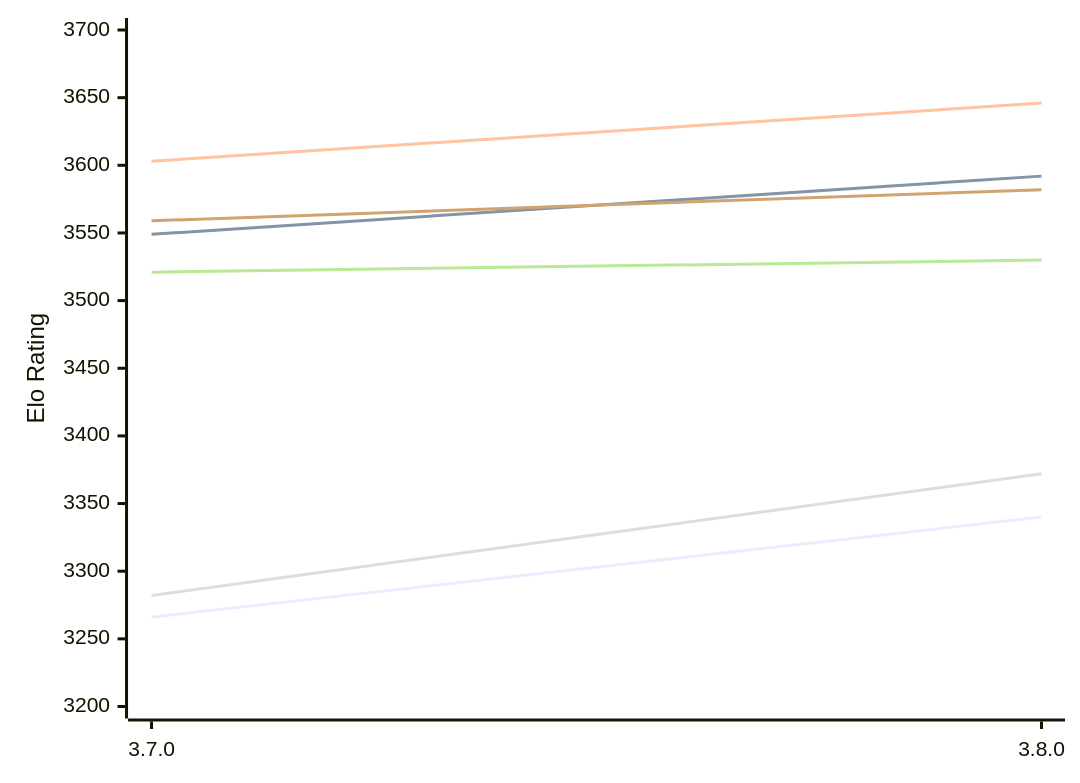
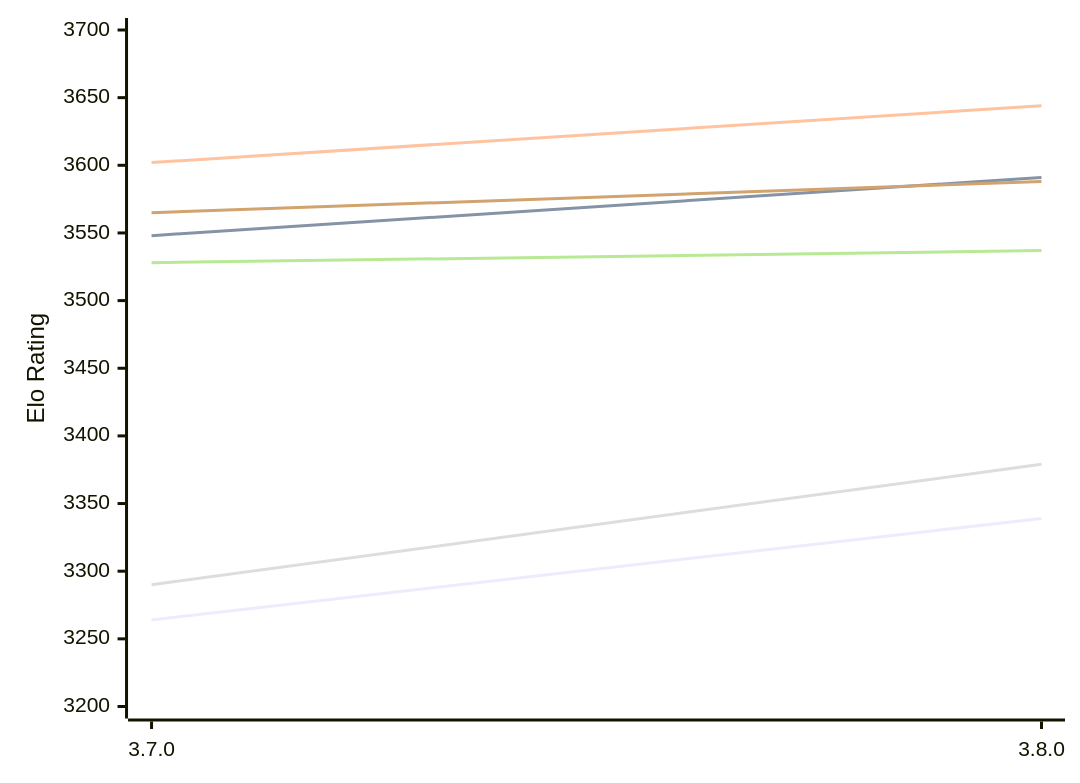
Before and after one commit to computer-chess-index/cci: the first of 2 diagrams in engines/Igel.md, drawn with Mermaid. The commit also changed other lines of this file, not shown here.

Commit message:
Update CCI Ratings (ELO VLTC) - 2026-11-23

````diff
--- a/engines/Igel.md
+++ b/engines/Igel.md
@@ -51,12 +51,12 @@
 ```mermaid
 %%{init: {"theme":"base","themeVariables":{"seriesColors:['#a3a3a3','#222221','#faa371']}}}%%
 xychart-beta
   x-axis ["3.7.0", "3.8.0"]
   y-axis "Elo Rating" 3200 --> 3700
-  line "E1: STC (8.0+0.08s)" [3266, 3340]
-  line "E1: LTC (60.0+0.60s)" [3549, 3592]
-  line "E1: VLTC (2m24s+1.12s)" [3603, 3646]
-  line "P1: STC (8.0+0.08s)" [3282, 3372]
-  line "P1: LTC (60.0+0.60s)" [3521, 3530]
-  line "P1: VLTC (2m24s+1.12s)" [3559, 3582]
+  line "E1: STC (8.0+0.08s)" [3264, 3339]
+  line "E1: LTC (60.0+0.60s)" [3548, 3591]
+  line "E1: VLTC (2m24s+1.12s)" [3602, 3644]
+  line "P1: STC (8.0+0.08s)" [3290, 3379]
+  line "P1: LTC (60.0+0.60s)" [3528, 3537]
+  line "P1: VLTC (2m24s+1.12s)" [3565, 3588]
 ```
````
